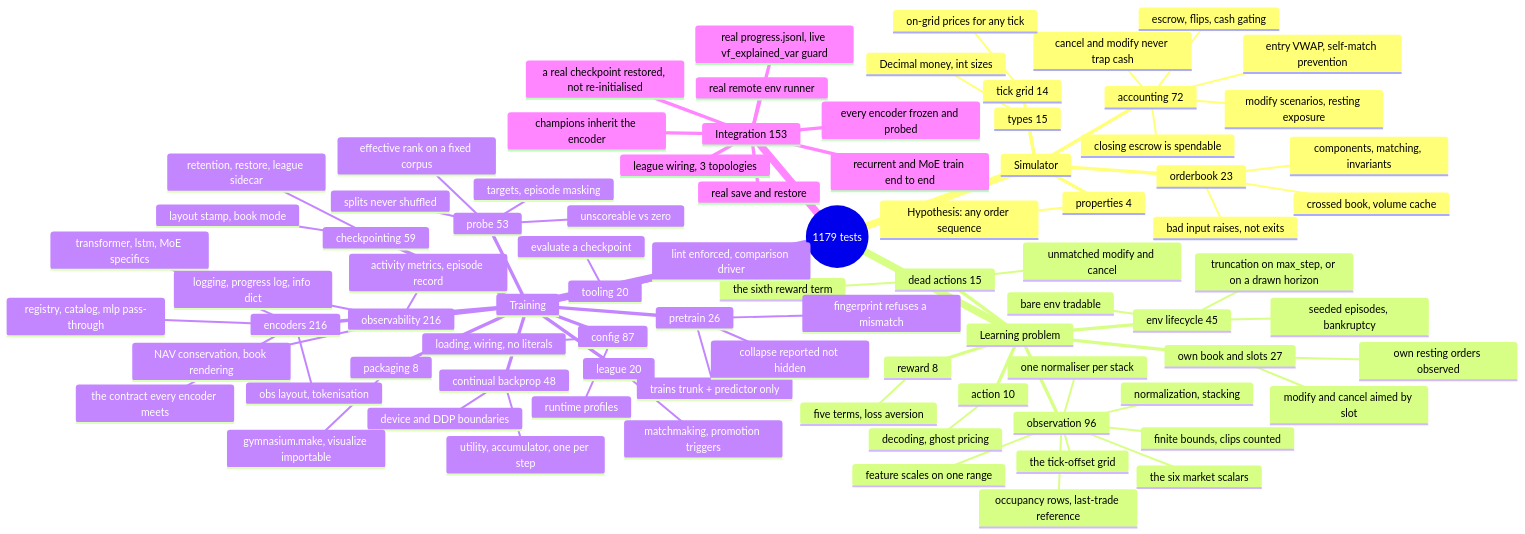
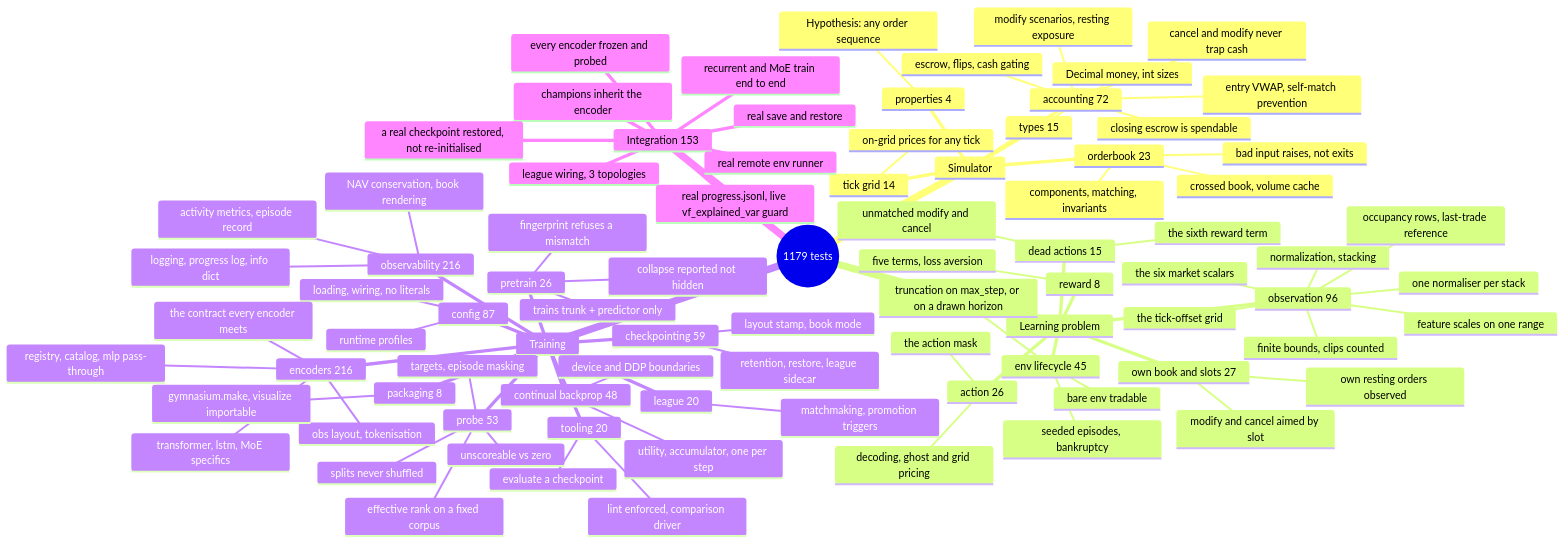
The diagram in doc/10_testing.md (ChuaCheowHuan/gym-continuousDoubleAuction), drawn with Mermaid before and after one commit. The commit also changed other lines of this file and 30 other files, not shown here.

```diff
--- a/doc/10_testing.md
+++ b/doc/10_testing.md
@@ -161,8 +162,9 @@
         finite bounds, clips counted
         occupancy rows, last-trade reference
         the tick-offset grid
-      action 10
-        decoding, ghost pricing
+      action 26
+        decoding, ghost and grid pricing
+        the action mask
       reward 8
         five terms, loss aversion
       dead actions 15
```
